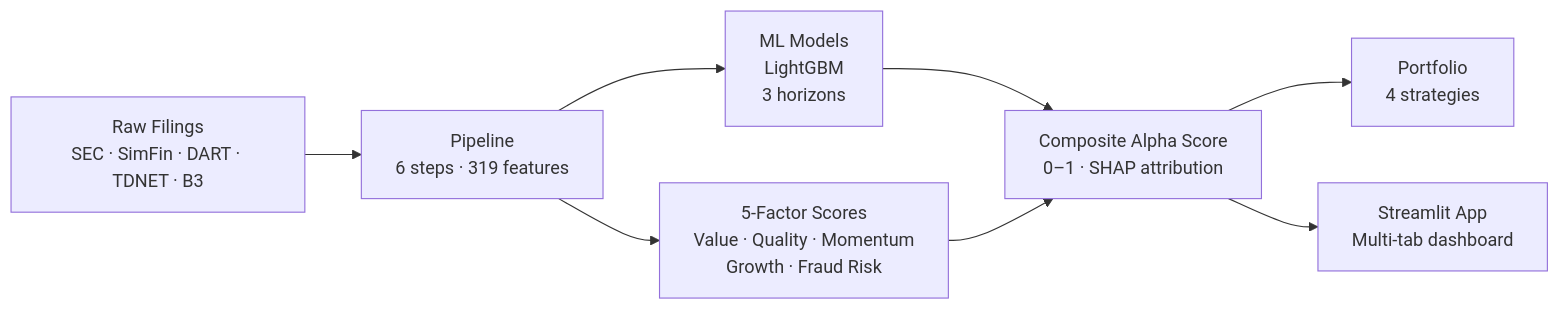
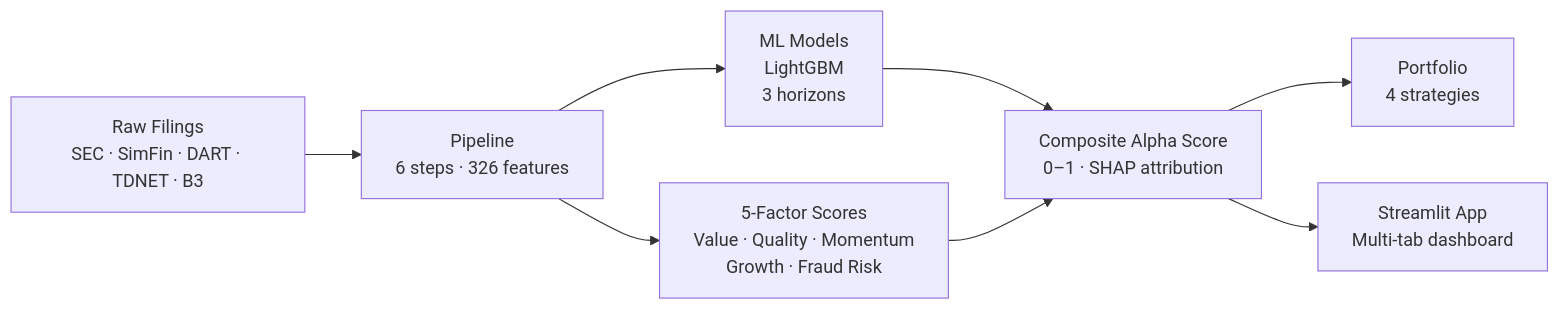
One commit to sherlock718/stock-fraud-screener changed the diagram in docs/index.md. Above: the diagram before and after it, drawn with Mermaid. The commit also changed other lines of this file and 46 other files, not shown here.

````diff
--- a/docs/index.md
+++ b/docs/index.md
@@ -75,10 +75,10 @@
 ```mermaid
 graph LR
-    A["Raw Filings<br/>SEC · SimFin · DART · TDNET · B3"] --> B["Pipeline<br/>6 steps · 319 features"]
+    A["Raw Filings<br/>SEC · SimFin · DART · TDNET · B3"] --> B["Pipeline<br/>6 steps · 326 features"]
     B --> C["ML Models<br/>LightGBM<br/>3 horizons"]
     B --> D["5-Factor Scores<br/>Value · Quality · Momentum<br/>Growth · Fraud Risk"]
     C --> E["Composite Alpha Score<br/>0–1 · SHAP attribution"]
     D --> E
     E --> F["Portfolio<br/>4 strategies"]
     E --> G["Streamlit App<br/>Multi-tab dashboard"]
 ```
````
